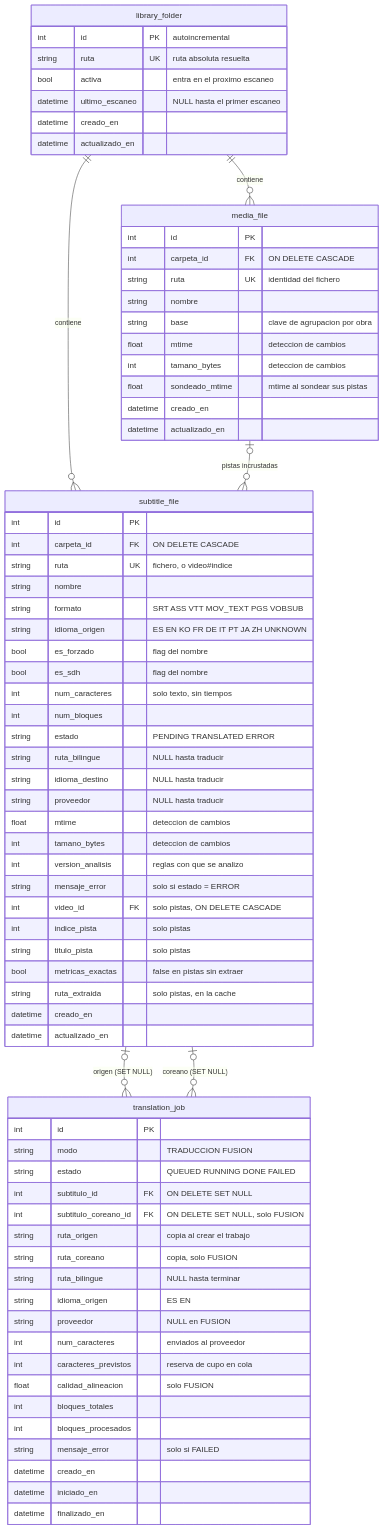
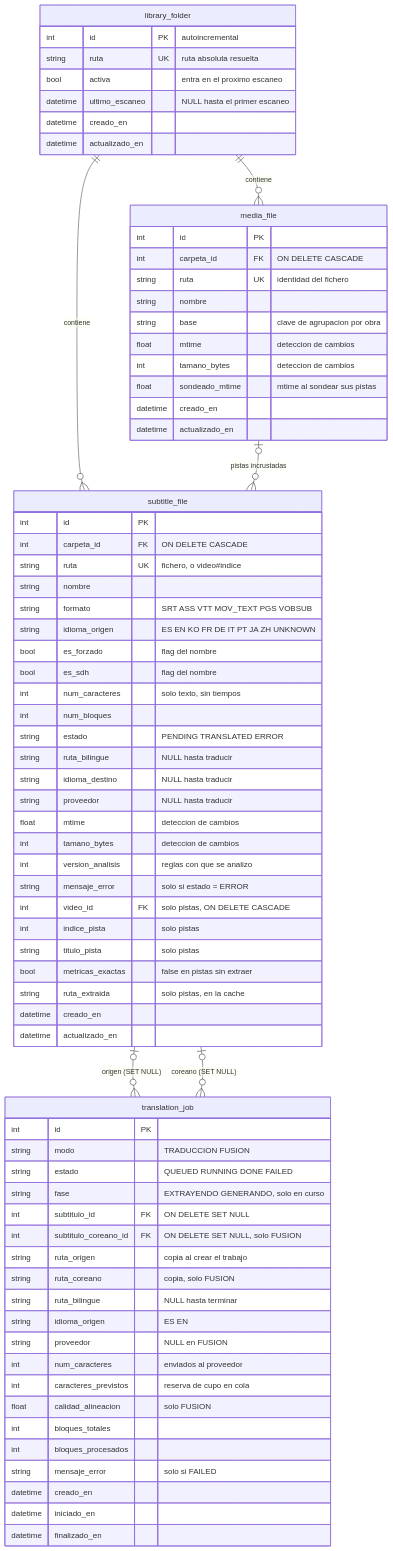
Before and after one commit to C4rl3s/srt-bilingual: the diagram in docs/modelo-datos.md, drawn with Mermaid. The commit also changed other lines of this file and 16 other files, not shown here.

````diff
--- a/docs/modelo-datos.md
+++ b/docs/modelo-datos.md
@@ -30,80 +30,81 @@
 ```mermaid
 erDiagram
     library_folder ||--o{ subtitle_file : "contiene"
     library_folder ||--o{ media_file : "contiene"
     media_file |o--o{ subtitle_file : "pistas incrustadas"
     subtitle_file |o--o{ translation_job : "origen (SET NULL)"
     subtitle_file |o--o{ translation_job : "coreano (SET NULL)"
 
     translation_job {
         int      id                   PK
         string   modo                    "TRADUCCION FUSION"
         string   estado                  "QUEUED RUNNING DONE FAILED"
+        string   fase                    "EXTRAYENDO GENERANDO, solo en curso"
         int      subtitulo_id         FK "ON DELETE SET NULL"
         int      subtitulo_coreano_id FK "ON DELETE SET NULL, solo FUSION"
         string   ruta_origen             "copia al crear el trabajo"
         string   ruta_coreano            "copia, solo FUSION"
         string   ruta_bilingue           "NULL hasta terminar"
         string   idioma_origen           "ES EN"
         string   proveedor               "NULL en FUSION"
         int      num_caracteres          "enviados al proveedor"
         int      caracteres_previstos    "reserva de cupo en cola"
         float    calidad_alineacion      "solo FUSION"
         int      bloques_totales
         int      bloques_procesados
         string   mensaje_error           "solo si FAILED"
         datetime creado_en
         datetime iniciado_en
         datetime finalizado_en
     }
 
     media_file {
         int      id             PK
         int      carpeta_id     FK "ON DELETE CASCADE"
         string   ruta           UK "identidad del fichero"
         string   nombre
         string   base              "clave de agrupacion por obra"
         float    mtime             "deteccion de cambios"
         int      tamano_bytes      "deteccion de cambios"
         float    sondeado_mtime    "mtime al sondear sus pistas"
         datetime creado_en
         datetime actualizado_en
     }
 
     library_folder {
         int      id             PK "autoincremental"
         string   ruta           UK "ruta absoluta resuelta"
         bool     activa            "entra en el proximo escaneo"
         datetime ultimo_escaneo    "NULL hasta el primer escaneo"
         datetime creado_en
         datetime actualizado_en
     }
 
     subtitle_file {
         int      id             PK
         int      carpeta_id     FK "ON DELETE CASCADE"
         string   ruta           UK "fichero, o video#indice"
         string   nombre
         string   formato           "SRT ASS VTT MOV_TEXT PGS VOBSUB"
         string   idioma_origen     "ES EN KO FR DE IT PT JA ZH UNKNOWN"
         bool     es_forzado        "flag del nombre"
         bool     es_sdh            "flag del nombre"
         int      num_caracteres    "solo texto, sin tiempos"
         int      num_bloques
         string   estado            "PENDING TRANSLATED ERROR"
         string   ruta_bilingue     "NULL hasta traducir"
         string   idioma_destino    "NULL hasta traducir"
         string   proveedor         "NULL hasta traducir"
         float    mtime             "deteccion de cambios"
         int      tamano_bytes      "deteccion de cambios"
         int      version_analisis  "reglas con que se analizo"
         string   mensaje_error     "solo si estado = ERROR"
         int      video_id       FK "solo pistas, ON DELETE CASCADE"
         int      indice_pista      "solo pistas"
         string   titulo_pista      "solo pistas"
         bool     metricas_exactas  "false en pistas sin extraer"
         string   ruta_extraida     "solo pistas, en la cache"
         datetime creado_en
         datetime actualizado_en
     }
 ```
````
